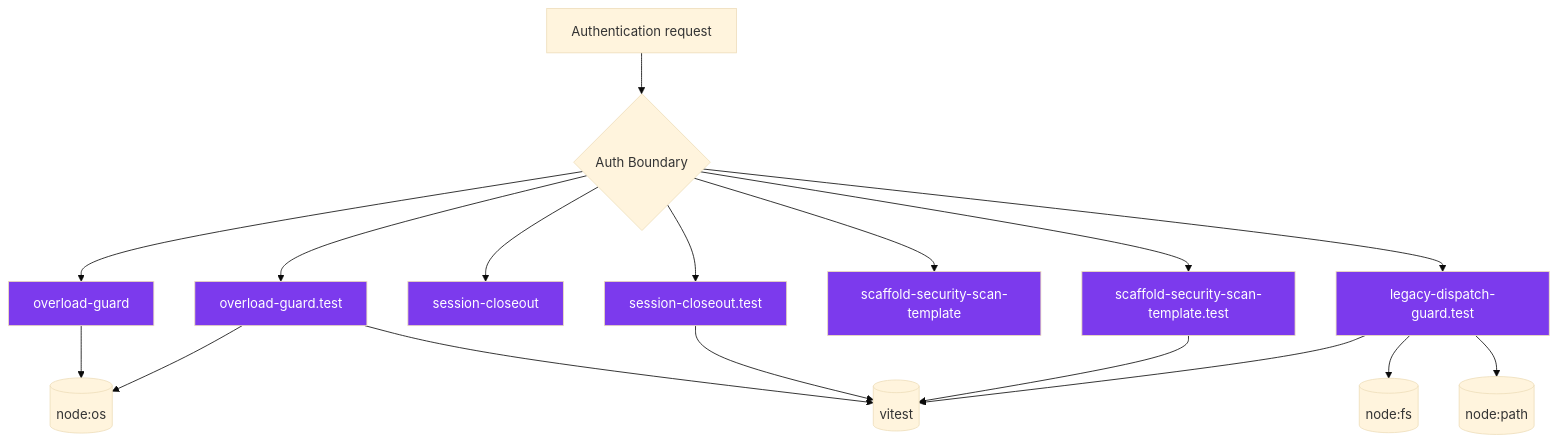
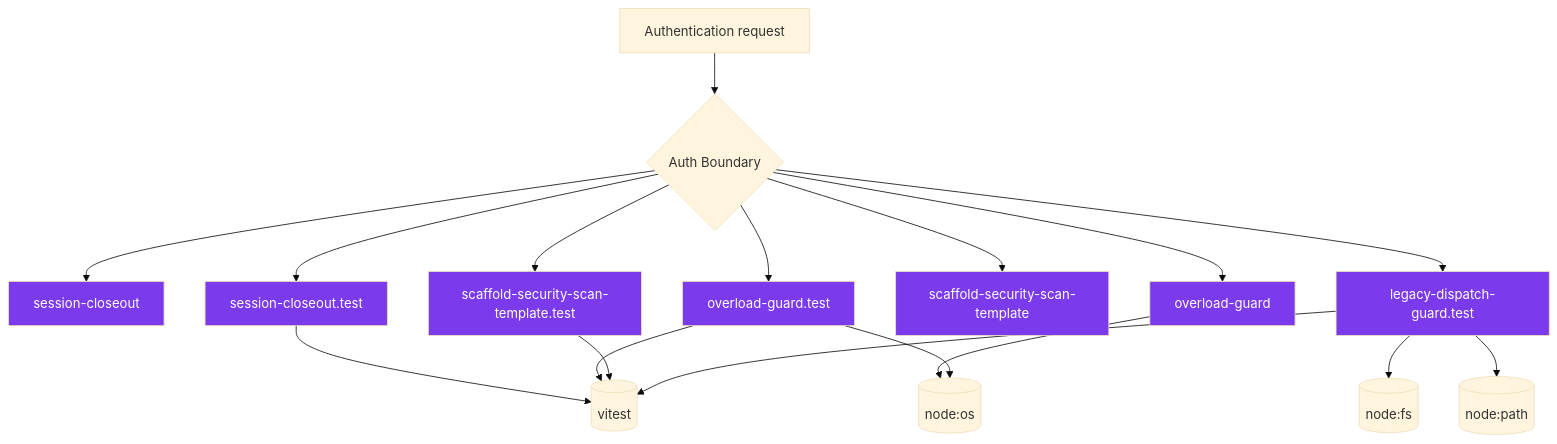
The third of 14 diagrams in AI/context/diagram-context.md (jscraik/coding-harness), drawn with Mermaid (base theme) before and after one commit. The commit also changed other lines of this file and 27 other files, not shown here.

````diff
--- a/AI/context/diagram-context.md
+++ b/AI/context/diagram-context.md
@@ -304,35 +329,35 @@
 ```mermaid
 flowchart TD
   Request["Authentication request"]
   Boundary{"Auth Boundary"}
   Request --> Boundary
+  session_closeout_f3efb270["session-closeout"]
+  Boundary --> session_closeout_f3efb270
+  session_closeout_test_aa1fd09d["session-closeout.test"]
+  Boundary --> session_closeout_test_aa1fd09d
   overload_guard_2748c559["overload-guard"]
   Boundary --> overload_guard_2748c559
   overload_guard_test_6ece9f86["overload-guard.test"]
   Boundary --> overload_guard_test_6ece9f86
-  session_closeout_f3efb270["session-closeout"]
-  Boundary --> session_closeout_f3efb270
-  session_closeout_test_aa1fd09d["session-closeout.test"]
-  Boundary --> session_closeout_test_aa1fd09d
   scaffold_security_scan_template_55bc7465["scaffold-security-scan-template"]
   Boundary --> scaffold_security_scan_template_55bc7465
   scaffold_security_scan_template_test_3314b8b2["scaffold-security-scan-template.test"]
   Boundary --> scaffold_security_scan_template_test_3314b8b2
   legacy_dispatch_guard_test_4700087d["legacy-dispatch-guard.test"]
   Boundary --> legacy_dispatch_guard_test_4700087d
+  ext_vitest_a9127f3d[("vitest")]
   ext_node_os_e9717731[("node:os")]
-  ext_vitest_a9127f3d[("vitest")]
   ext_node_fs_df6b52af[("node:fs")]
   ext_node_path_0e7d56ab[("node:path")]
+  session_closeout_test_aa1fd09d --> ext_vitest_a9127f3d
   overload_guard_2748c559 --> ext_node_os_e9717731
   overload_guard_test_6ece9f86 --> ext_node_os_e9717731
   overload_guard_test_6ece9f86 --> ext_vitest_a9127f3d
-  session_closeout_test_aa1fd09d --> ext_vitest_a9127f3d
   scaffold_security_scan_template_test_3314b8b2 --> ext_vitest_a9127f3d
   legacy_dispatch_guard_test_4700087d --> ext_node_fs_df6b52af
   legacy_dispatch_guard_test_4700087d --> ext_node_path_0e7d56ab
   legacy_dispatch_guard_test_4700087d --> ext_vitest_a9127f3d
   classDef authNode fill:#7c3aed,color:#fff
-  class overload_guard_2748c559,overload_guard_test_6ece9f86,session_closeout_f3efb270,session_closeout_test_aa1fd09d,scaffold_security_scan_template_55bc7465,scaffold_security_scan_template_test_3314b8b2,legacy_dispatch_guard_test_4700087d authNode
+  class session_closeout_f3efb270,session_closeout_test_aa1fd09d,overload_guard_2748c559,overload_guard_test_6ece9f86,scaffold_security_scan_template_55bc7465,scaffold_security_scan_template_test_3314b8b2,legacy_dispatch_guard_test_4700087d authNode
 
 ```
````
